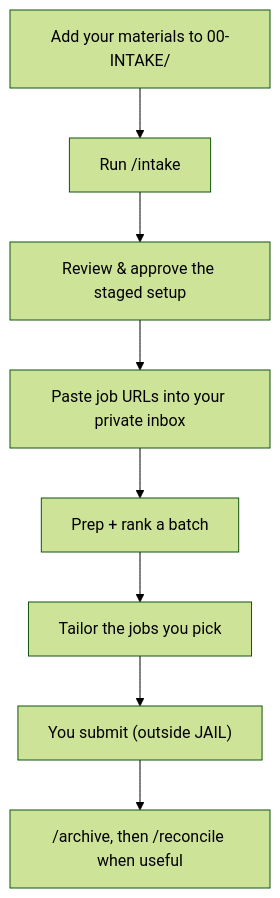
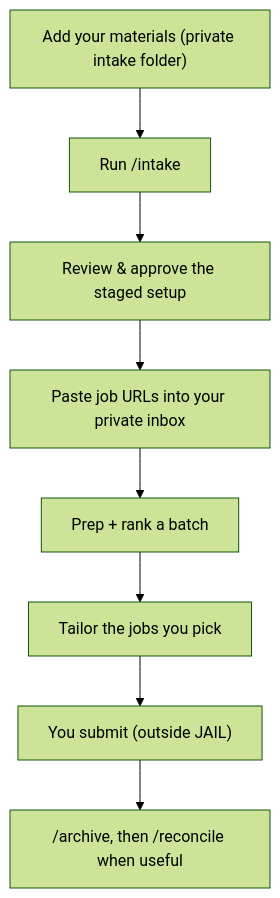
One commit to redheadjessica/job-application-intelligence-layer changed the diagram in README.md. Above: the diagram before and after it, drawn with Mermaid (forest theme). The commit also changed other lines of this file and 18 other files, not shown here.

First line of the commit message:
Restructure 00-INTAKE into ENGINE/PRIVATE roots

````diff
--- a/README.md
+++ b/README.md
@@ -24,10 +24,10 @@
 ```mermaid
 flowchart TD
-  A["Add your materials to 00-INTAKE/"] --> B["Run /intake"]
+  A["Add your materials (private intake folder)"] --> B["Run /intake"]
   B --> C["Review & approve the staged setup"]
   C --> D["Paste job URLs into your private inbox"]
   D --> E["Prep + rank a batch"]
   E --> F["Tailor the jobs you pick"]
   F --> G["You submit (outside JAIL)"]
   G --> H["/archive, then /reconcile when useful"]
 ```
````
